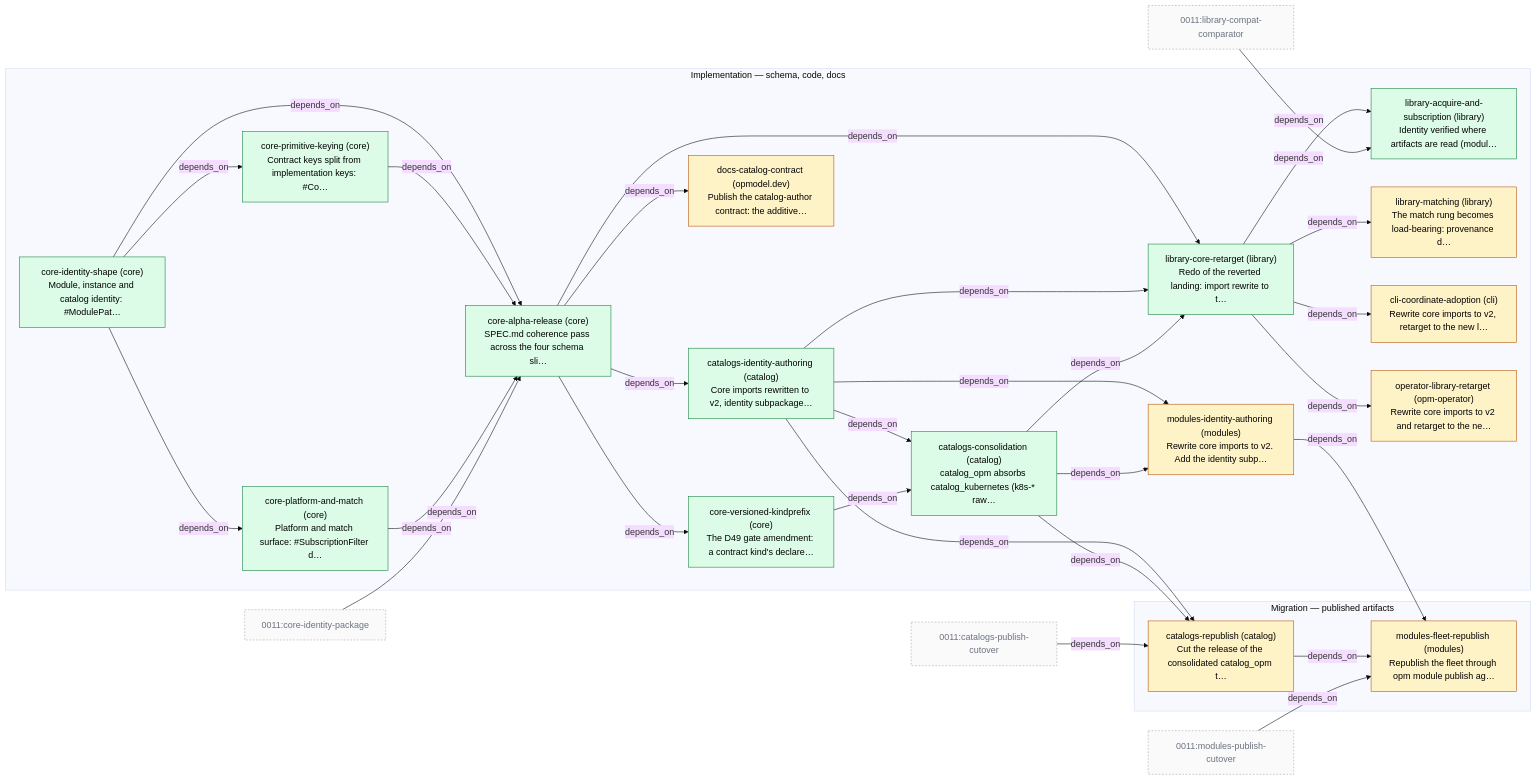
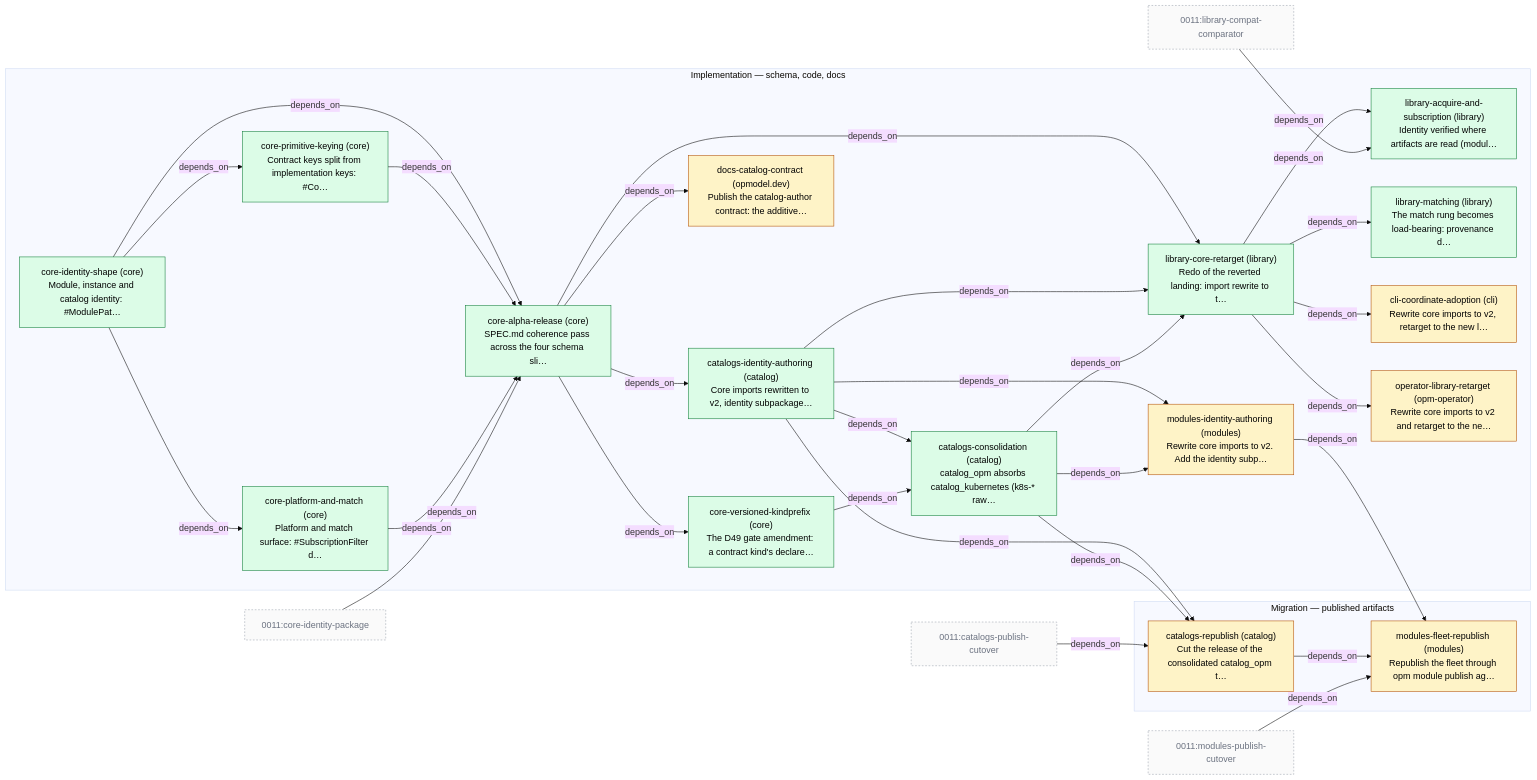
Before and after one commit to open-platform-model/enhancements: the diagram in 0010/PLAN.md, drawn with Mermaid (base theme). The commit also changed other lines of this file and 3 other files, not shown here.

Commit message:
docs(0010): record library-matching as done

````diff
--- a/0010/PLAN.md
+++ b/0010/PLAN.md
@@ -5,61 +5,61 @@
 ```mermaid
 graph LR
   classDef planned     fill:#fef3c7,stroke:#b45309,color:#000
   classDef in_progress fill:#dbeafe,stroke:#1d4ed8,color:#000
   classDef done        fill:#dcfce7,stroke:#15803d,color:#000
   classDef cancelled   fill:#e5e7eb,stroke:#6b7280,color:#6b7280
   classDef other       fill:#fafafa,stroke:#9ca3af,color:#6b7280,stroke-dasharray:3 3
 
   subgraph PHASE_IMPL["Implementation — schema, code, docs"]
     S_core-identity-shape["core-identity-shape (core)\nModule, instance and catalog identity: #ModulePat…"]:::done
     S_core-primitive-keying["core-primitive-keying (core)\nContract keys split from implementation keys: #Co…"]:::done
     S_core-platform-and-match["core-platform-and-match (core)\nPlatform and match surface: #SubscriptionFilter d…"]:::done
     S_core-alpha-release["core-alpha-release (core)\nSPEC.md coherence pass across the four schema sli…"]:::done
     S_core-versioned-kindprefix["core-versioned-kindprefix (core)\nThe D49 gate amendment: a contract kind's declare…"]:::done
     S_library-core-retarget["library-core-retarget (library)\nRedo of the reverted landing: import rewrite to t…"]:::done
     S_library-acquire-and-subscription["library-acquire-and-subscription (library)\nIdentity verified where artifacts are read (modul…"]:::done
-    S_library-matching["library-matching (library)\nThe match rung becomes load-bearing: provenance d…"]:::planned
+    S_library-matching["library-matching (library)\nThe match rung becomes load-bearing: provenance d…"]:::done
     S_docs-catalog-contract["docs-catalog-contract (opmodel.dev)\nPublish the catalog-author contract: the additive…"]:::planned
     S_cli-coordinate-adoption["cli-coordinate-adoption (cli)\nRewrite core imports to v2, retarget to the new l…"]:::planned
     S_operator-library-retarget["operator-library-retarget (opm-operator)\nRewrite core imports to v2 and retarget to the ne…"]:::planned
     S_catalogs-identity-authoring["catalogs-identity-authoring (catalog)\nCore imports rewritten to v2, identity subpackage…"]:::done
     S_catalogs-consolidation["catalogs-consolidation (catalog)\ncatalog_opm absorbs catalog_kubernetes (k8s-* raw…"]:::done
     S_modules-identity-authoring["modules-identity-authoring (modules)\nRewrite core imports to v2. Add the identity subp…"]:::planned
   end
   subgraph PHASE_MIGR["Migration — published artifacts"]
     S_catalogs-republish["catalogs-republish (catalog)\nCut the release of the consolidated catalog_opm t…"]:::planned
     S_modules-fleet-republish["modules-fleet-republish (modules)\nRepublish the fleet through opm module publish ag…"]:::planned
   end
 
   S_core-identity-shape -->|depends_on| S_core-primitive-keying
   S_core-identity-shape -->|depends_on| S_core-platform-and-match
   S_core-identity-shape -->|depends_on| S_core-alpha-release
   S_core-primitive-keying -->|depends_on| S_core-alpha-release
   S_core-platform-and-match -->|depends_on| S_core-alpha-release
   X_0011_core-identity-package["0011:core-identity-package"]:::other
   X_0011_core-identity-package -->|depends_on| S_core-alpha-release
   S_core-alpha-release -->|depends_on| S_core-versioned-kindprefix
   S_core-alpha-release -->|depends_on| S_library-core-retarget
   S_catalogs-identity-authoring -->|depends_on| S_library-core-retarget
   S_catalogs-consolidation -->|depends_on| S_library-core-retarget
   S_library-core-retarget -->|depends_on| S_library-acquire-and-subscription
   X_0011_library-compat-comparator["0011:library-compat-comparator"]:::other
   X_0011_library-compat-comparator -->|depends_on| S_library-acquire-and-subscription
   S_library-core-retarget -->|depends_on| S_library-matching
   S_core-alpha-release -->|depends_on| S_docs-catalog-contract
   S_library-core-retarget -->|depends_on| S_cli-coordinate-adoption
   S_library-core-retarget -->|depends_on| S_operator-library-retarget
   S_core-alpha-release -->|depends_on| S_catalogs-identity-authoring
   S_catalogs-identity-authoring -->|depends_on| S_catalogs-consolidation
   S_core-versioned-kindprefix -->|depends_on| S_catalogs-consolidation
   S_catalogs-identity-authoring -->|depends_on| S_modules-identity-authoring
   S_catalogs-consolidation -->|depends_on| S_modules-identity-authoring
   S_catalogs-identity-authoring -->|depends_on| S_catalogs-republish
   S_catalogs-consolidation -->|depends_on| S_catalogs-republish
   X_0011_catalogs-publish-cutover["0011:catalogs-publish-cutover"]:::other
   X_0011_catalogs-publish-cutover -->|depends_on| S_catalogs-republish
   S_catalogs-republish -->|depends_on| S_modules-fleet-republish
   S_modules-identity-authoring -->|depends_on| S_modules-fleet-republish
   X_0011_modules-publish-cutover["0011:modules-publish-cutover"]:::other
   X_0011_modules-publish-cutover -->|depends_on| S_modules-fleet-republish
 ```
````
